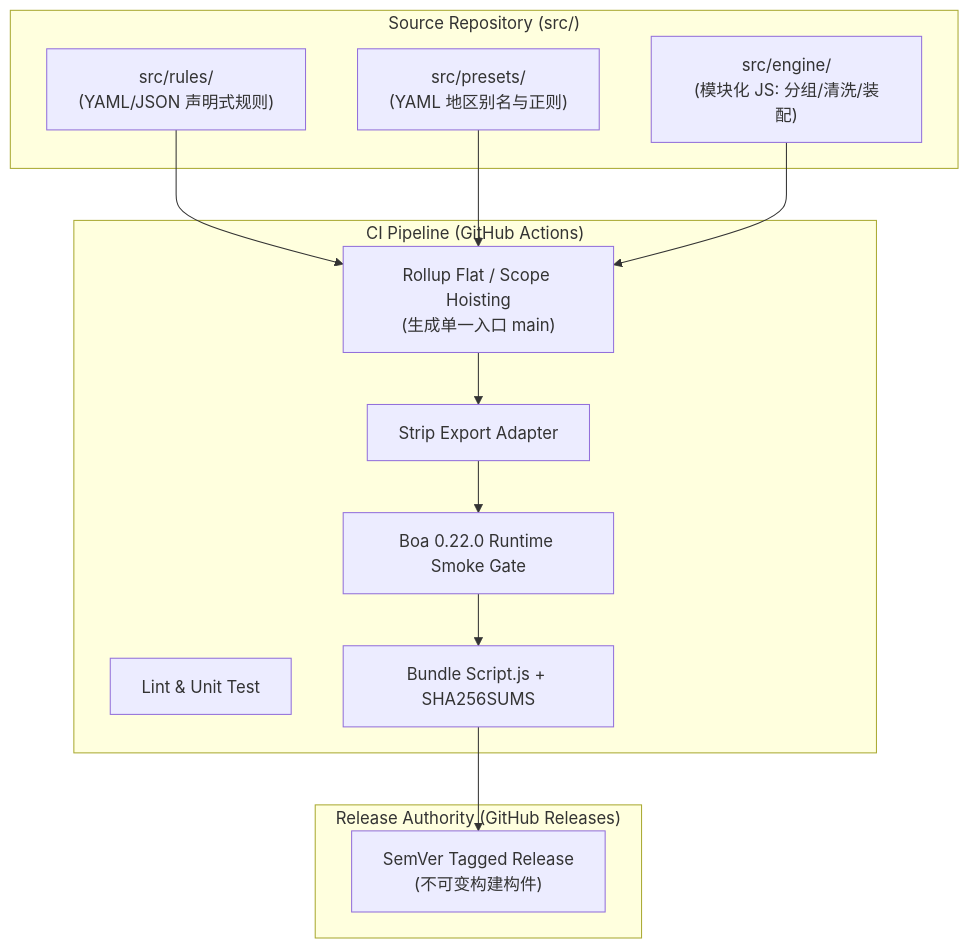
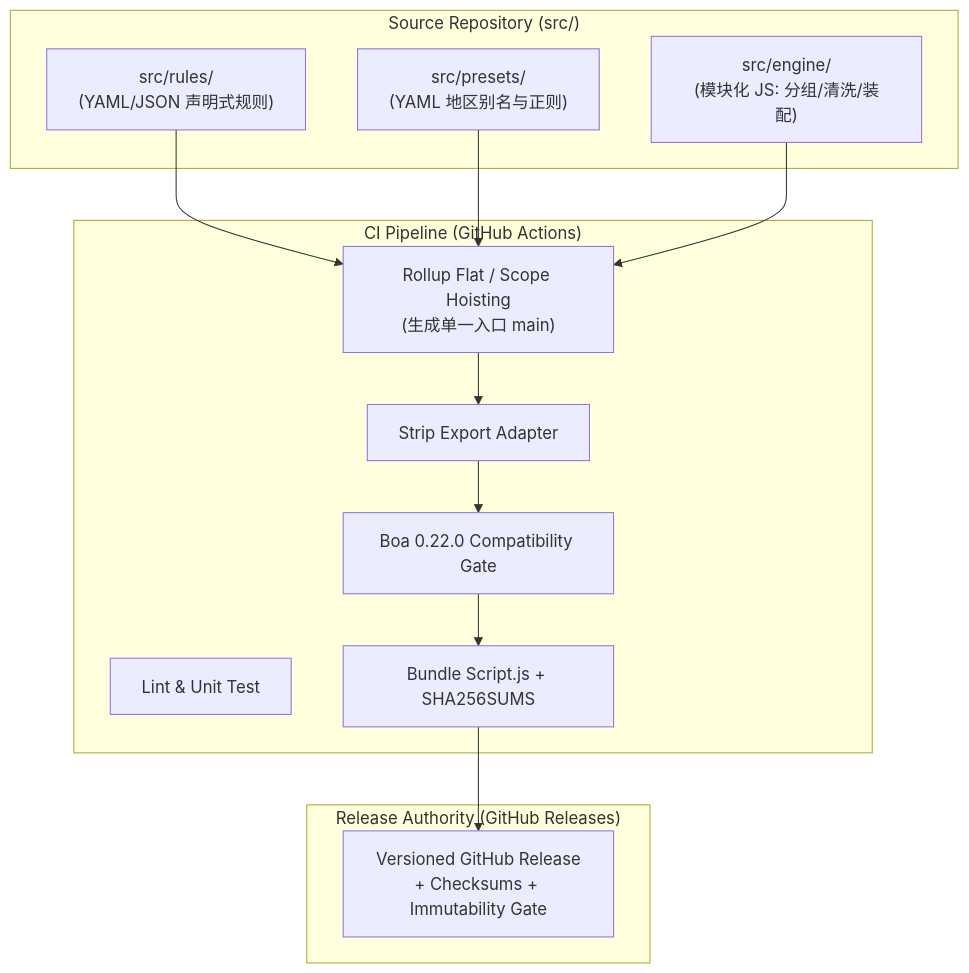
The first of 2 diagrams in docs/spec/clash-fleet-architecture-spec.md (carllx/clash-fleet), drawn with Mermaid before and after one commit. The commit also changed other lines of this file and 1 other file, not shown here.

Commit message:
docs(spec): calibrate windows evidence level, boa harness, immutability, rename guard, and rule rollback semantics

````diff
--- a/docs/spec/clash-fleet-architecture-spec.md
+++ b/docs/spec/clash-fleet-architecture-spec.md
@@ -24,25 +24,25 @@
 ```mermaid
 flowchart TD
     subgraph Source["Source Repository (src/)"]
         Rules["src/rules/\n(YAML/JSON 声明式规则)"]
         Presets["src/presets/\n(YAML 地区别名与正则)"]
         Engine["src/engine/\n(模块化 JS: 分组/清洗/装配)"]
     end
 
     subgraph CI["CI Pipeline (GitHub Actions)"]
         Lint["Lint & Unit Test"]
         Rollup["Rollup Flat / Scope Hoisting\n(生成单一入口 main)"]
         Strip["Strip Export Adapter"]
-        Smoke["Boa 0.22.0 Runtime Smoke Gate"]
+        Smoke["Boa 0.22.0 Compatibility Gate"]
         Pack["Bundle Script.js + SHA256SUMS"]
     end
 
     subgraph Release["Release Authority (GitHub Releases)"]
-        Tag["SemVer Tagged Release\n(不可变构建构件)"]
+        Tag["Versioned GitHub Release\n+ Checksums + Immutability Gate"]
     end
 
     Rules --> Rollup
     Presets --> Rollup
     Engine --> Rollup
     Rollup --> Strip --> Smoke --> Pack --> Tag
 ```
````
